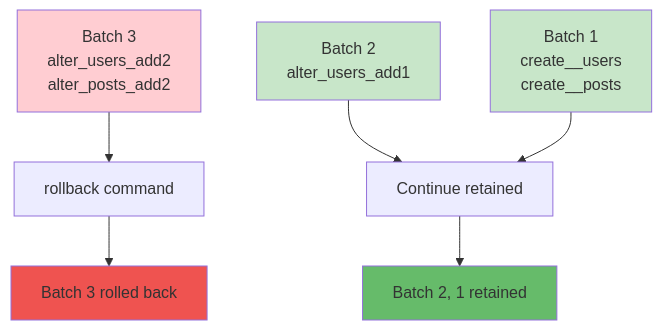
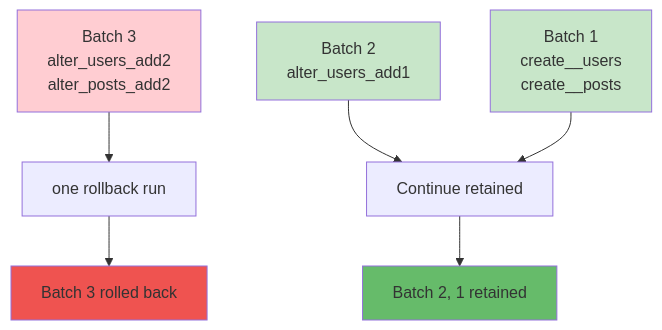
One commit to cartanova-ai/sonamu changed the diagram in modules/docs/en/database/migrations/rolling-back.mdx. Above: the diagram before and after it, drawn with Mermaid. The commit also changed other lines of this file and 5 other files, not shown here.

````diff
--- a/modules/docs/en/database/migrations/rolling-back.mdx
+++ b/modules/docs/en/database/migrations/rolling-back.mdx
@@ -240,15 +225,15 @@
 ```mermaid
 flowchart TD
-    A[Batch 3<br/>alter_users_add2<br/>alter_posts_add2] --> B[rollback command]
+    A[Batch 3<br/>alter_users_add2<br/>alter_posts_add2] --> B[one rollback run]
     C[Batch 2<br/>alter_users_add1] --> D[Continue retained]
     E[Batch 1<br/>create__users<br/>create__posts] --> D
 
     B --> F[Batch 3 rolled back]
     D --> G[Batch 2, 1 retained]
 
     style A fill:#ffcdd2
     style C fill:#c8e6c9
     style E fill:#c8e6c9
     style F fill:#ef5350
     style G fill:#66bb6a
 ```
````
